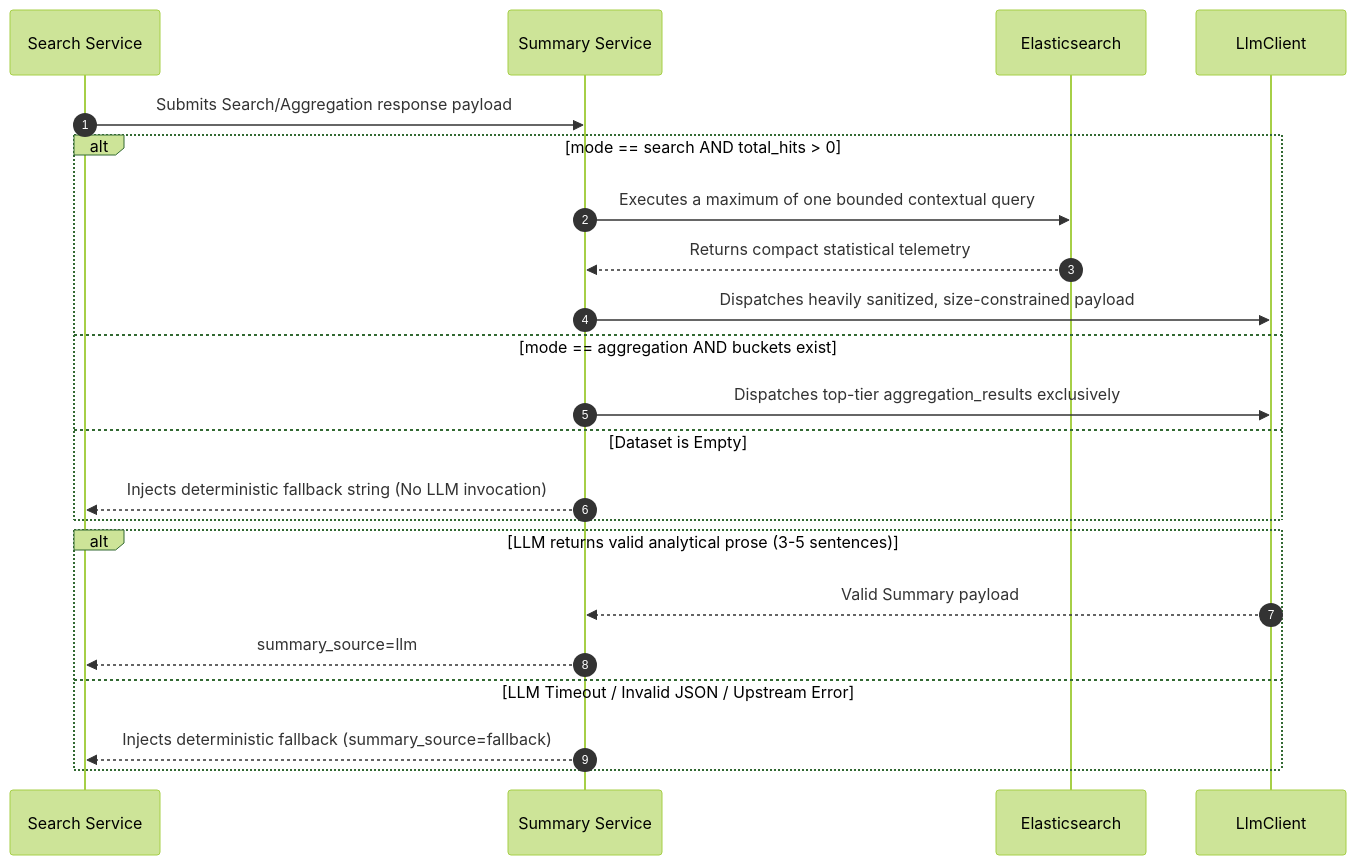
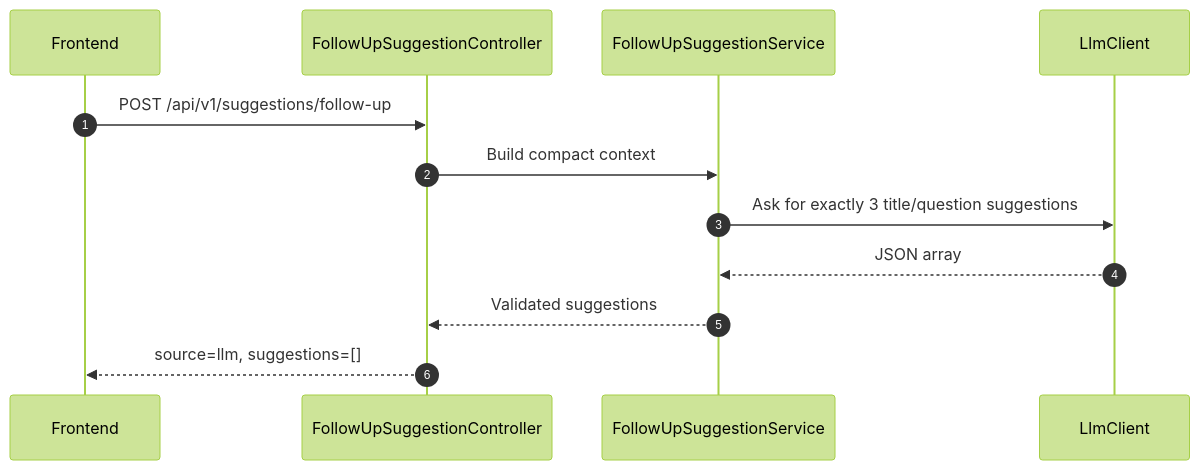
One commit to PhamVanMinhBinhThuan/soc-ai-search changed the seventh of 12 diagrams in docs/sequence-flow.md. Above: the diagram before and after it, drawn with Mermaid (forest theme). The commit also changed other lines of this file and 8 other files, not shown here.

````diff
--- a/docs/sequence-flow.md
+++ b/docs/sequence-flow.md
@@ -262,27 +184,15 @@
 ```mermaid
 sequenceDiagram
     autonumber
-    participant Search as Search Service
-    participant Summary as Summary Service
-    participant ES as Elasticsearch
+    participant FE as Frontend
+    participant API as FollowUpSuggestionController
+    participant Service as FollowUpSuggestionService
     participant LLM as LlmClient
 
-    Search->>Summary: Submits Search/Aggregation response payload
-
-    alt mode == search AND total_hits > 0
-        Summary->>ES: Executes a maximum of one bounded contextual query
-        ES-->>Summary: Returns compact statistical telemetry
-        Summary->>LLM: Dispatches heavily sanitized, size-constrained payload
-    else mode == aggregation AND buckets exist
-        Summary->>LLM: Dispatches top-tier aggregation_results exclusively
-    else Dataset is Empty
-        Summary-->>Search: Injects deterministic fallback string (No LLM invocation)
-    end
-
-    alt LLM returns valid analytical prose (3-5 sentences)
-        LLM-->>Summary: Valid Summary payload
-        Summary-->>Search: summary_source=llm
-    else LLM Timeout / Invalid JSON / Upstream Error
-        Summary-->>Search: Injects deterministic fallback (summary_source=fallback)
-    end
+    FE->>API: POST /api/v1/suggestions/follow-up
+    API->>Service: Build compact context
+    Service->>LLM: Ask for exactly 3 title/question suggestions
+    LLM-->>Service: JSON array
+    Service-->>API: Validated suggestions
+    API-->>FE: source=llm, suggestions=[]
 ```
````
